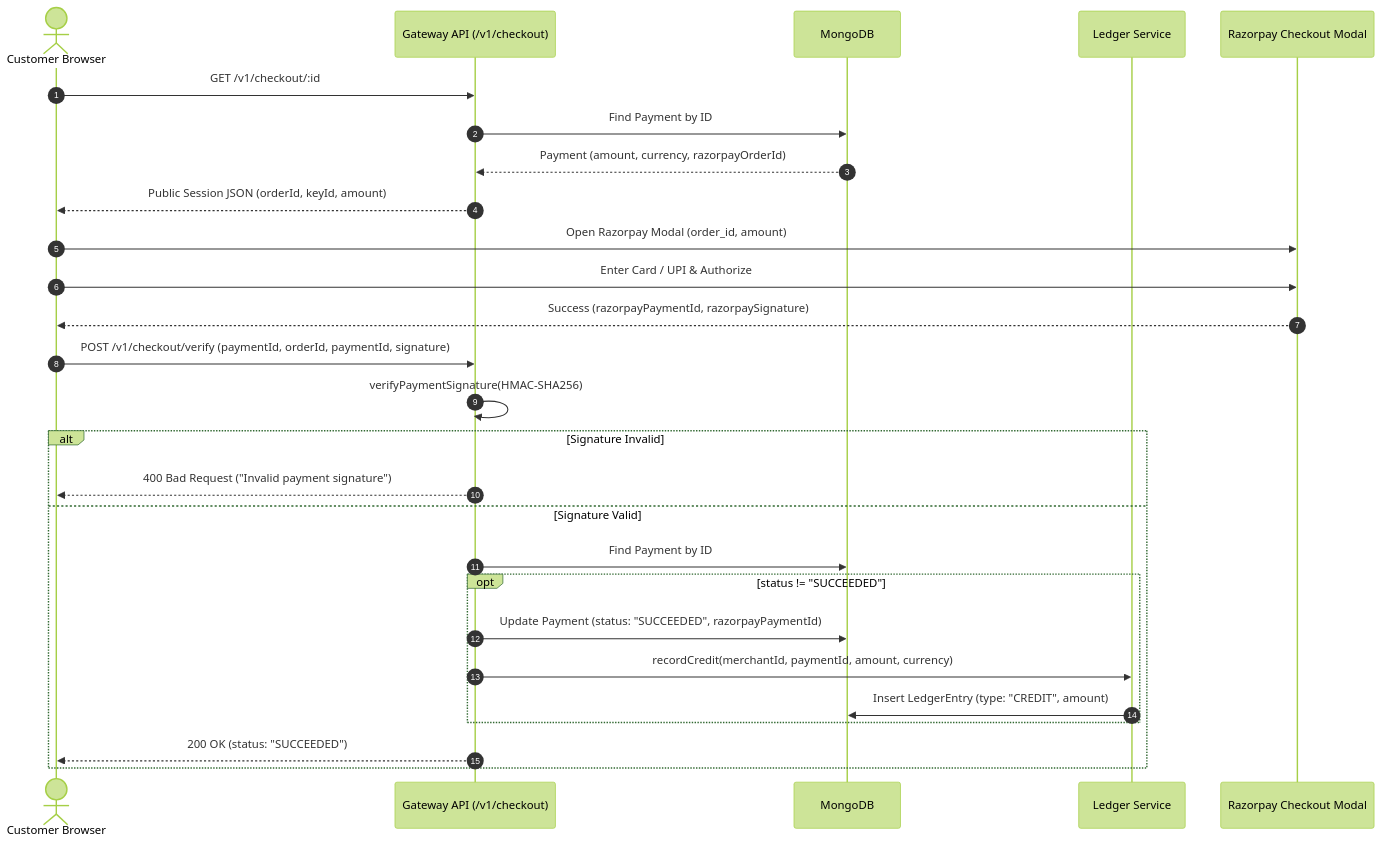
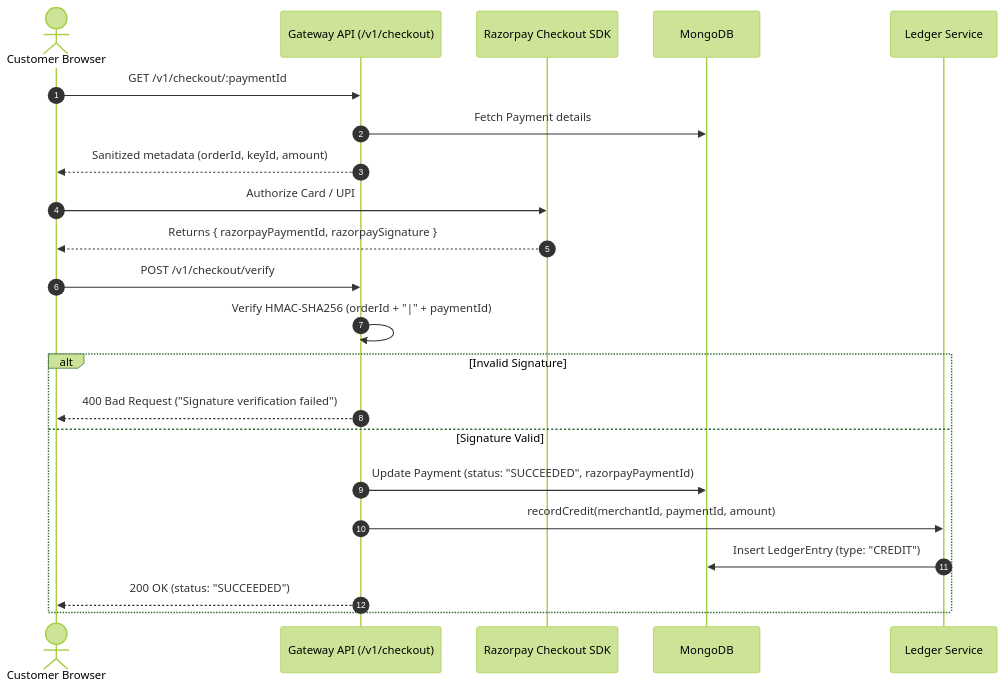
Before and after one commit to buildwithrishabh/Event-Driven-Payment-Gateway: the fourth of 10 diagrams in ARCHITECTURE.md, drawn with Mermaid (forest theme). The commit also changed other lines of this file and 3 other files, not shown here.

Commit message:
docs & devops: recreate architecture and readme docs, add docker setup

````diff
--- a/ARCHITECTURE.md
+++ b/ARCHITECTURE.md
@@ -472,32 +455,27 @@
 ```mermaid
 sequenceDiagram
     autonumber
     actor Customer as Customer Browser
     participant CheckoutAPI as Gateway API (/v1/checkout)
+    participant RazorpayModal as Razorpay Checkout SDK
     participant Mongo as MongoDB
     participant Ledger as Ledger Service
-    participant RazorpaySDK as Razorpay Checkout Modal
 
-    Customer->>CheckoutAPI: GET /v1/checkout/:id
-    CheckoutAPI->>Mongo: Find Payment by ID
-    Mongo-->>CheckoutAPI: Payment (amount, currency, razorpayOrderId)
-    CheckoutAPI-->>Customer: Public Session JSON (orderId, keyId, amount)
+    Customer->>CheckoutAPI: GET /v1/checkout/:paymentId
+    CheckoutAPI->>Mongo: Fetch Payment details
+    CheckoutAPI-->>Customer: Sanitized metadata (orderId, keyId, amount)
 
-    Customer->>RazorpaySDK: Open Razorpay Modal (order_id, amount)
-    Customer->>RazorpaySDK: Enter Card / UPI & Authorize
-    RazorpaySDK-->>Customer: Success (razorpayPaymentId, razorpaySignature)
+    Customer->>RazorpayModal: Authorize Card / UPI
+    RazorpayModal-->>Customer: Returns { razorpayPaymentId, razorpaySignature }
 
-    Customer->>CheckoutAPI: POST /v1/checkout/verify (paymentId, orderId, paymentId, signature)
-    CheckoutAPI->>CheckoutAPI: verifyPaymentSignature(HMAC-SHA256)
-    alt Signature Invalid
-        CheckoutAPI-->>Customer: 400 Bad Request ("Invalid payment signature")
+    Customer->>CheckoutAPI: POST /v1/checkout/verify
+    CheckoutAPI->>CheckoutAPI: Verify HMAC-SHA256 (orderId + "|" + paymentId)
+    alt Invalid Signature
+        CheckoutAPI-->>Customer: 400 Bad Request ("Signature verification failed")
     else Signature Valid
-        CheckoutAPI->>Mongo: Find Payment by ID
-        opt status != "SUCCEEDED"
-            CheckoutAPI->>Mongo: Update Payment (status: "SUCCEEDED", razorpayPaymentId)
-            CheckoutAPI->>Ledger: recordCredit(merchantId, paymentId, amount, currency)
-            Ledger->>Mongo: Insert LedgerEntry (type: "CREDIT", amount)
-        end
+        CheckoutAPI->>Mongo: Update Payment (status: "SUCCEEDED", razorpayPaymentId)
+        CheckoutAPI->>Ledger: recordCredit(merchantId, paymentId, amount)
+        Ledger->>Mongo: Insert LedgerEntry (type: "CREDIT")
         CheckoutAPI-->>Customer: 200 OK (status: "SUCCEEDED")
     end
 ```
````
